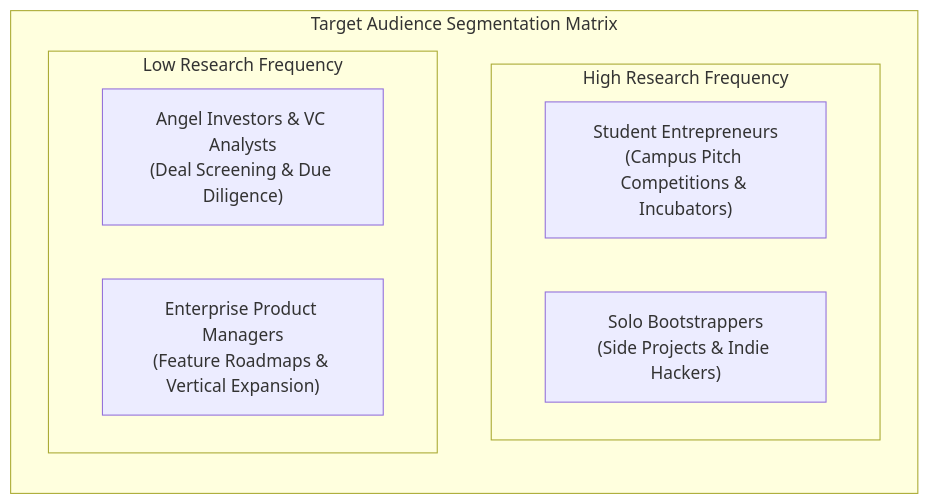
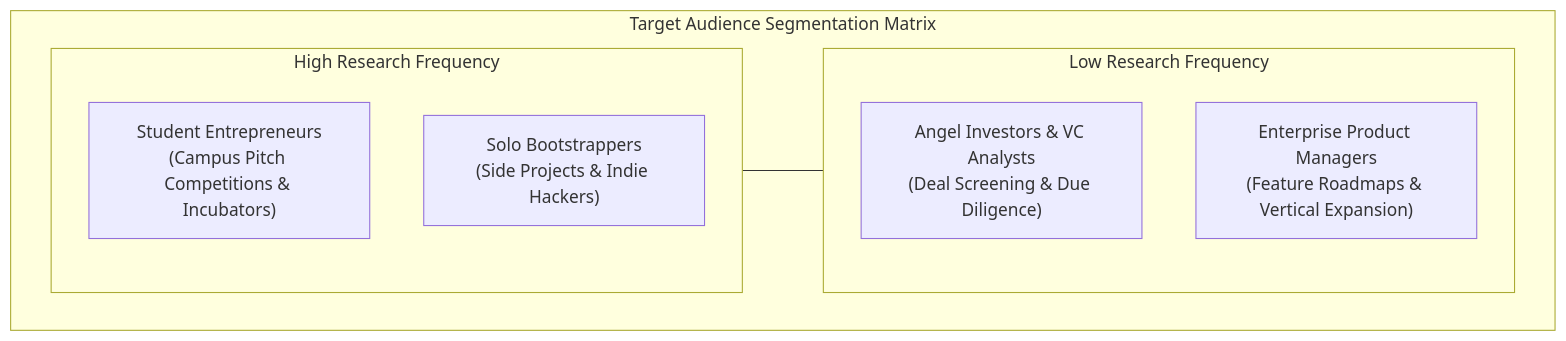
Before and after one commit to Yasaswini-ch/Development-of-AI-Based-Startup-Idea-Validator-with-Market-Analysis-Assistance: the first of 2 diagrams in docs/product-strategy-and-personas.md, drawn with Mermaid. The commit also changed other lines of this file and 24 other files, not shown here.

Commit message:
docs: expand technical documentation suite to 21 modules including Milestone 3 specifications, distinct file naming, and GFM Mermaid diagram fixes

````diff
--- a/docs/product-strategy-and-personas.md
+++ b/docs/product-strategy-and-personas.md
@@ -29,14 +29,14 @@
 ```mermaid
 flowchart TD
     subgraph Matrix["Target Audience Segmentation Matrix"]
-        direction TB
         subgraph HighResearch["High Research Frequency"]
-            P2["Student Entrepreneurs<br/>(Campus Pitch Competitions & Incubators)"]
-            P1["Solo Bootstrappers<br/>(Side Projects & Indie Hackers)"]
+            P2["Student Entrepreneurs\n(Campus Pitch Competitions & Incubators)"]
+            P1["Solo Bootstrappers\n(Side Projects & Indie Hackers)"]
         end
         subgraph LowResearch["Low Research Frequency"]
-            P4["Angel Investors & VC Analysts<br/>(Deal Screening & Due Diligence)"]
-            P3["Enterprise Product Managers<br/>(Feature Roadmaps & Vertical Expansion)"]
+            P4["Angel Investors & VC Analysts\n(Deal Screening & Due Diligence)"]
+            P3["Enterprise Product Managers\n(Feature Roadmaps & Vertical Expansion)"]
         end
+        HighResearch --- LowResearch
     end
 ```
````
